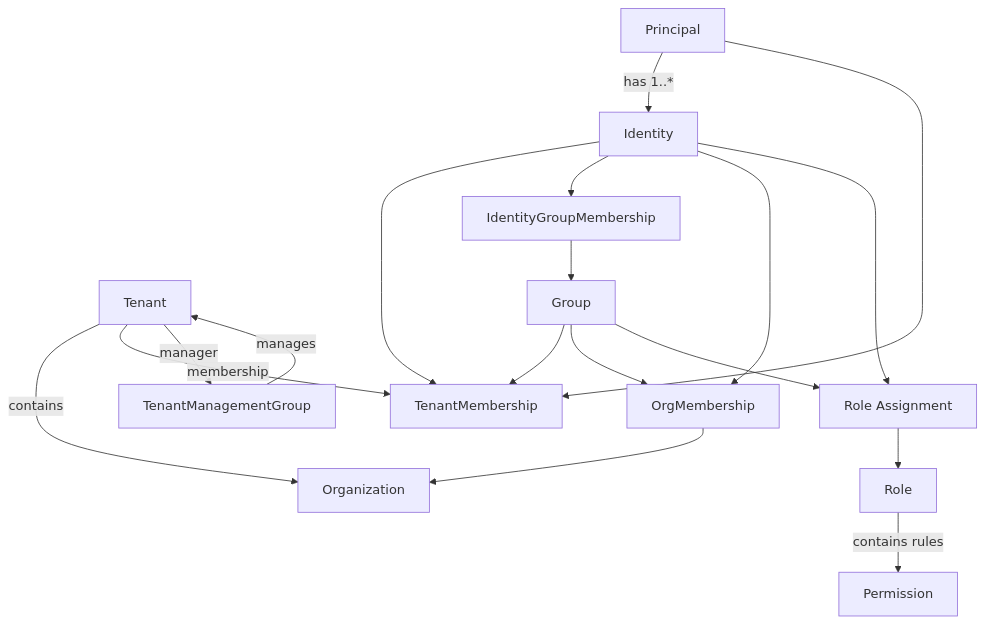
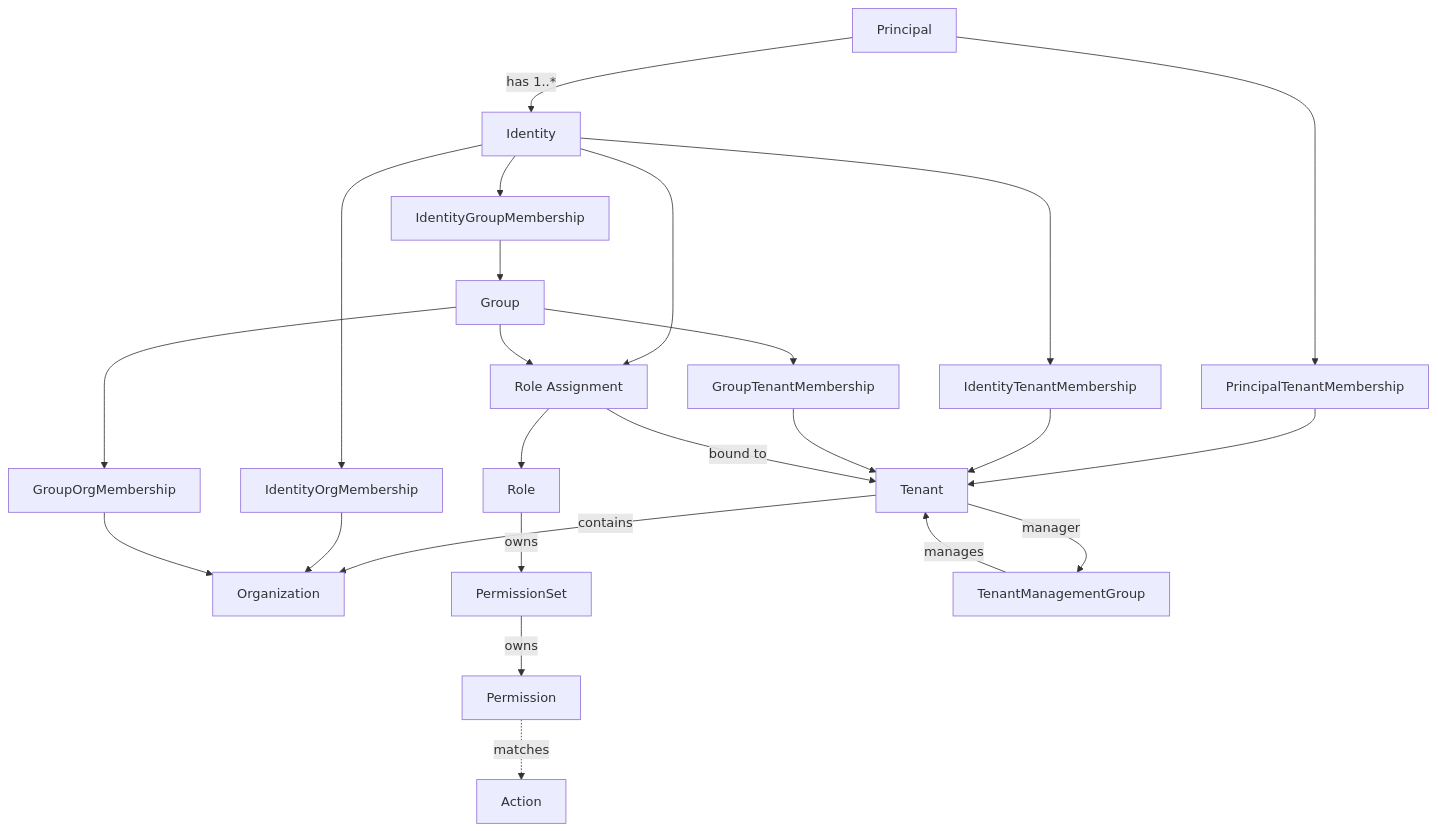
The diagram in docs/DOMAIN_MODEL.md (yduchesne/mtmf), drawn with Mermaid before and after one commit. The commit also changed other lines of this file, not shown here.

Commit message:
docs: finalize lifecycle and relationship model

````diff
--- a/docs/DOMAIN_MODEL.md
+++ b/docs/DOMAIN_MODEL.md
@@ -461,37 +467,50 @@
 ```mermaid
 flowchart TD
     T[Tenant]
     O[Organization]
     P[Principal]
     I[Identity]
     G[Group]
     R[Role]
+    PS[PermissionSet]
     PM[Permission]
-    TM[TenantMembership]
-    OM[OrgMembership]
-    GM[IdentityGroupMembership]
+    A[Action]
+    PTM[PrincipalTenantMembership]
+    ITM[IdentityTenantMembership]
+    GTM[GroupTenantMembership]
+    IOM[IdentityOrgMembership]
+    GOM[GroupOrgMembership]
+    IGM[IdentityGroupMembership]
     RA[Role Assignment]
     TMG[TenantManagementGroup]
 
     T -->|contains| O
-    T -->|membership| TM
     P -->|has 1..*| I
-    P --> TM
-    I --> TM
-    G --> TM
 
-    I --> GM
-    GM --> G
+    P --> PTM
+    PTM --> T
+    I --> ITM
+    ITM --> T
+    G --> GTM
+    GTM --> T
 
-    I --> OM
-    G --> OM
-    OM --> O
+    I --> IGM
+    IGM --> G
+
+    I --> IOM
+    IOM --> O
+    G --> GOM
+    GOM --> O
 
     I --> RA
     G --> RA
+    RA -->|bound to| T
     RA --> R
-    R -->|contains rules| PM
+
+    R -->|owns| PS
+    PS -->|owns| PM
+    PM -.->|matches| A
 
     T -->|manager| TMG
     TMG -->|manages| T
 ```
````
